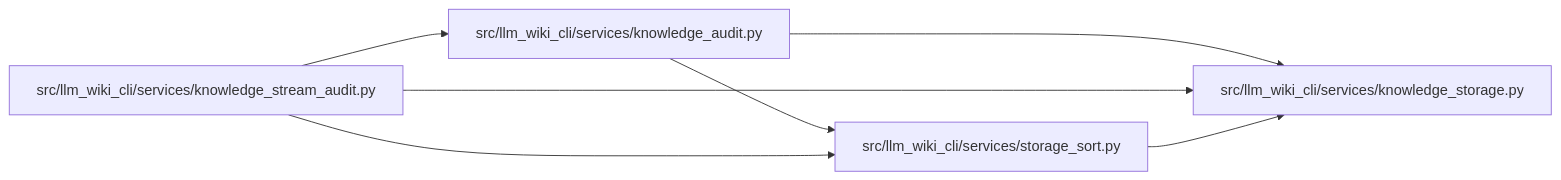
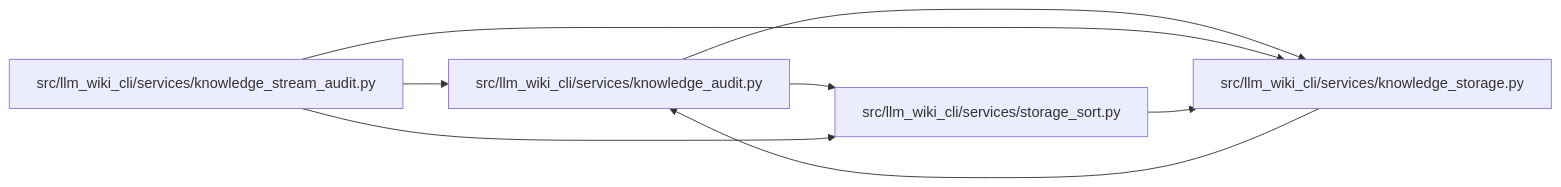
One commit to Denissvgn/python-wiki-llm changed the diagram in docs/llm_wiki/modules/storage_sort.md. Above: the diagram before and after it, drawn with Mermaid. The commit also changed 631 other files, not shown here.

````diff
--- a/docs/llm_wiki/modules/storage_sort.md
+++ b/docs/llm_wiki/modules/storage_sort.md
@@ -24,17 +24,18 @@
 ```mermaid
 flowchart LR
     n0["src/llm_wiki_cli/services/knowledge_audit.py"]
     n1["src/llm_wiki_cli/services/knowledge_storage.py"]
     n2["src/llm_wiki_cli/services/knowledge_stream_audit.py"]
     n3["src/llm_wiki_cli/services/storage_sort.py"]
     n0 --> n1
     n0 --> n3
+    n1 --> n0
     n2 --> n0
     n2 --> n1
     n2 --> n3
     n3 --> n1
     click n0 "../modules/knowledge_audit.md"
     click n1 "../modules/knowledge_storage.md"
     click n2 "../modules/knowledge_stream_audit.md"
     click n3 "../modules/storage_sort.md"
 ```
````
